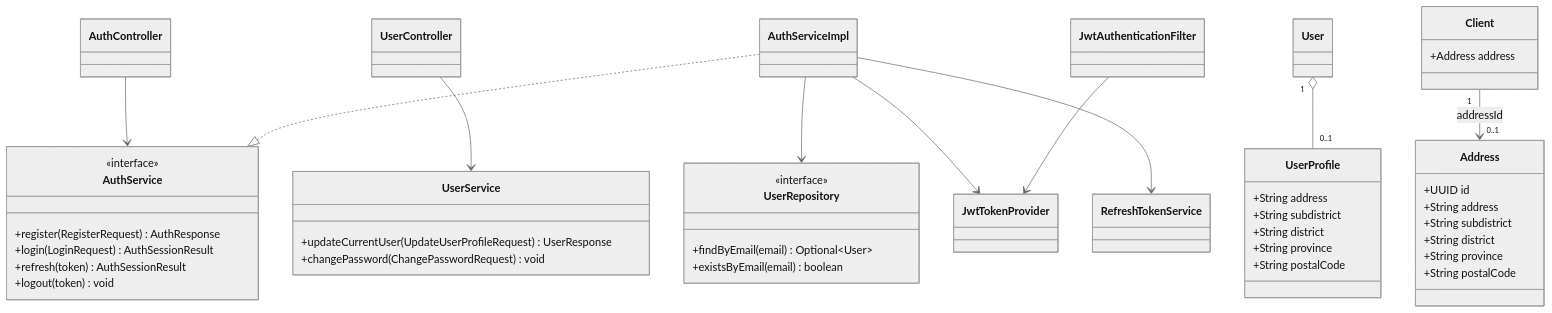
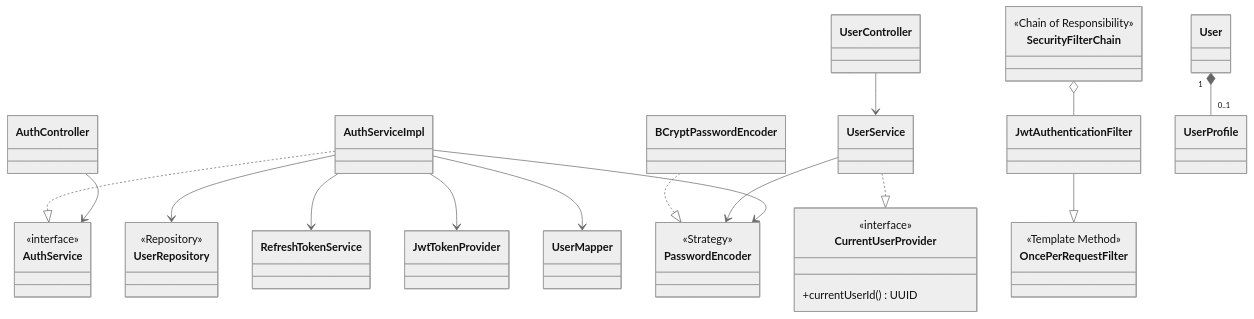
Before and after one commit to lillianxhub/freelance-hub: the diagram in doc/V1/DESIGN/petpinyo-design.md, drawn with Mermaid (neutral theme). The commit also changed other lines of this file and 2 other files, not shown here.

Commit message:
Add CI/CD documentation for Auth, User, and Backend deployment

````diff
--- a/doc/V1/DESIGN/petpinyo-design.md
+++ b/doc/V1/DESIGN/petpinyo-design.md
@@ -22,54 +28,48 @@
 ```mermaid
 classDiagram
     class AuthController
     class UserController
     class AuthService {
         <<interface>>
-        +register(RegisterRequest) AuthResponse
-        +login(LoginRequest) AuthSessionResult
-        +refresh(token) AuthSessionResult
-        +logout(token) void
     }
     class AuthServiceImpl
+    class CurrentUserProvider {
+        <<interface>>
+        +currentUserId() UUID
+    }
+    class UserService
+    class PasswordEncoder {
+        <<Strategy>>
+    }
+    class BCryptPasswordEncoder
+    class OncePerRequestFilter {
+        <<Template Method>>
+    }
+    class JwtAuthenticationFilter
+    class SecurityFilterChain {
+        <<Chain of Responsibility>>
+    }
     class UserRepository {
-        <<interface>>
-        +findByEmail(email) Optional~User~
-        +existsByEmail(email) boolean
+        <<Repository>>
     }
+    class RefreshTokenService
     class JwtTokenProvider
-    class JwtAuthenticationFilter
-    class RefreshTokenService
-    class UserService {
-        +updateCurrentUser(UpdateUserProfileRequest) UserResponse
-        +changePassword(ChangePasswordRequest) void
-    }
+    class UserMapper
     class User
-    class UserProfile {
-        +String address
-        +String subdistrict
-        +String district
-        +String province
-        +String postalCode
-    }
-    class Client {
-        +Address address
-    }
-    class Address {
-        +UUID id
-        +String address
-        +String subdistrict
-        +String district
-        +String province
-        +String postalCode
-    }
+    class UserProfile
 
     AuthController --> AuthService
     AuthServiceImpl ..|> AuthService
+    UserController --> UserService
+    UserService ..|> CurrentUserProvider
+    AuthServiceImpl --> PasswordEncoder
+    UserService --> PasswordEncoder
+    BCryptPasswordEncoder ..|> PasswordEncoder
+    JwtAuthenticationFilter --|> OncePerRequestFilter
+    SecurityFilterChain o-- JwtAuthenticationFilter
     AuthServiceImpl --> UserRepository
+    AuthServiceImpl --> RefreshTokenService
     AuthServiceImpl --> JwtTokenProvider
-    AuthServiceImpl --> RefreshTokenService
-    UserController --> UserService
-    User "1" o-- "0..1" UserProfile
-    Client "1" --> "0..1" Address : addressId
-    JwtAuthenticationFilter --> JwtTokenProvider
+    AuthServiceImpl --> UserMapper
+    User "1" *-- "0..1" UserProfile
 ```
````
